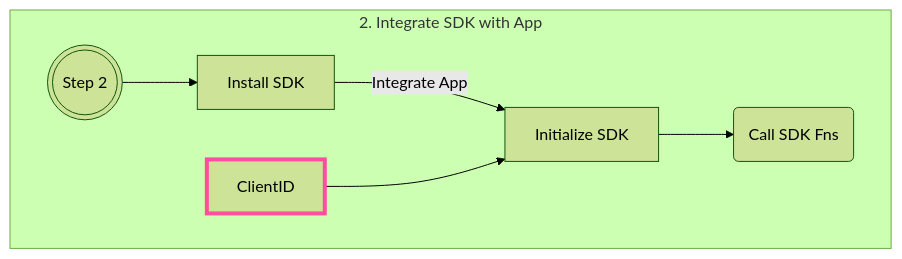
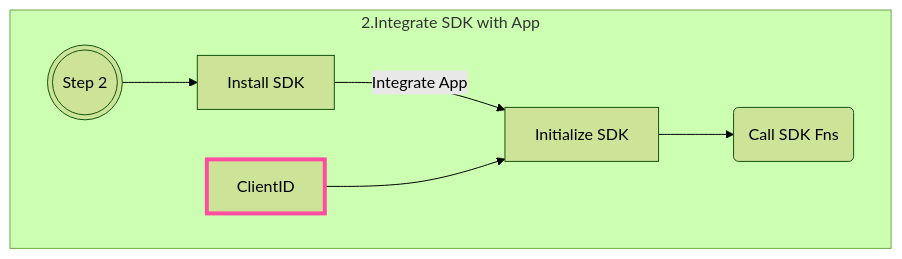
The second of 4 diagrams in docs/introduction/index.md (shaloo/docs.arcana), drawn with Mermaid (forest theme) before and after one commit. The commit also changed other lines of this file and 3 other files, not shown here.

Commit message:
Fix: #AR-8745 check and fix mermaid diagram space issue in latest MKdocs tooling

````diff
--- a/docs/introduction/index.md
+++ b/docs/introduction/index.md
@@ -34,13 +34,13 @@
     ```mermaid
     flowchart LR
-        subgraph Integrate [2. Integrate SDK with App]
+        subgraph Integrate [2.Integrate SDK with App]
         direction LR
           A00(((Step 2))) --> F00[Install SDK]
           F00 -- Integrate App --> G00[Initialize SDK]
           E00[ClientID] --> G00
           G00 --> H00(Call SDK Fns)
         end
 
     classDef an-pink stroke:#ff4e9f,stroke-width:0.25rem;
     class E00 an-pink
     ```
````
